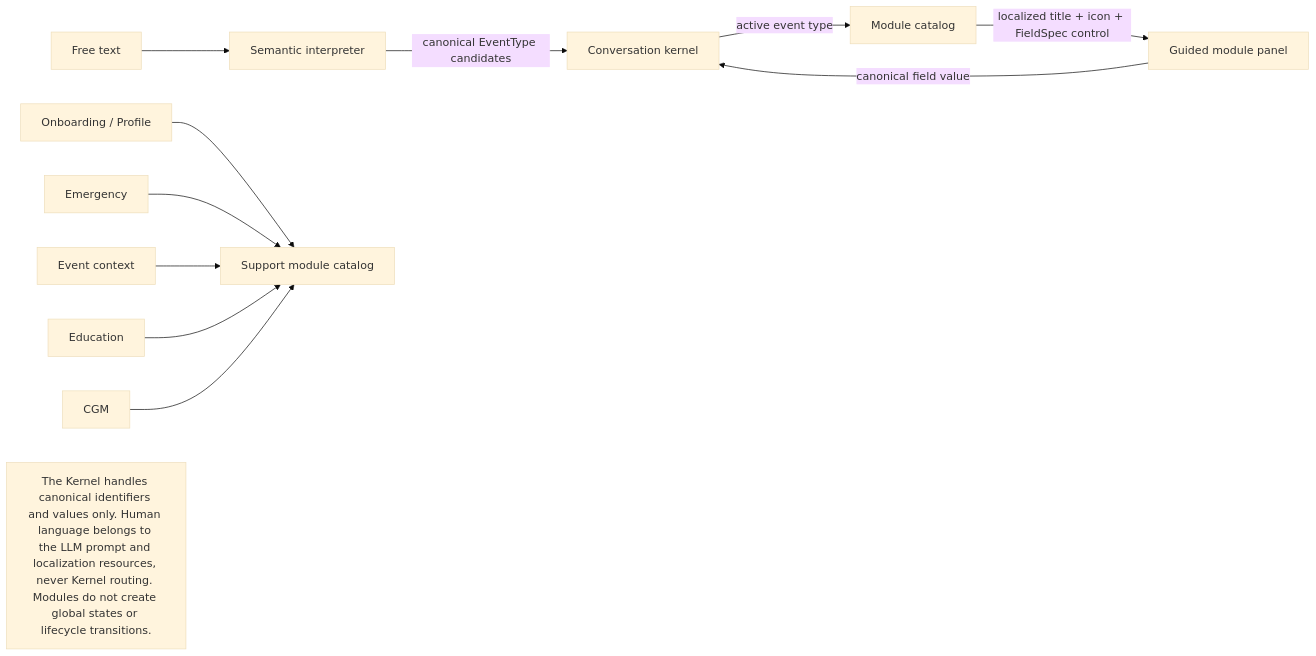
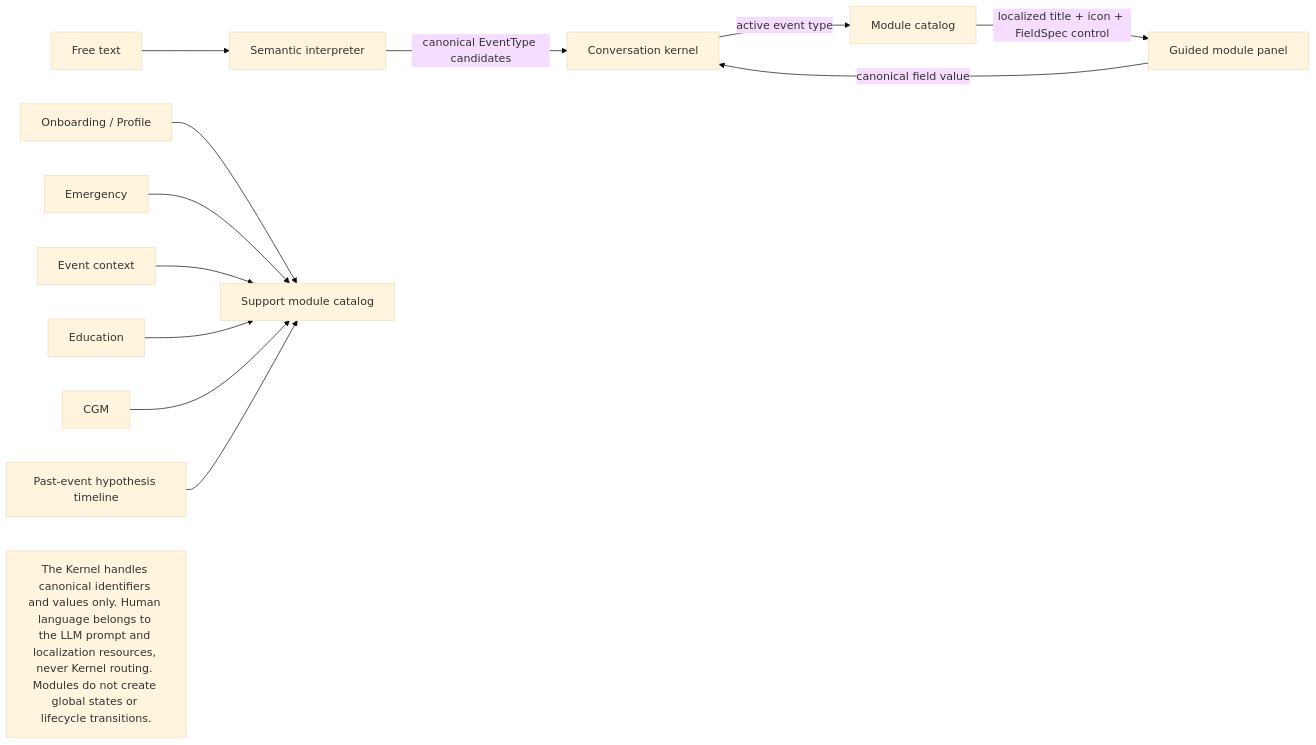
One commit to bioduds/diabot changed the diagram in diabot/docs/fsm/modules.mmd. Above: the diagram before and after it, drawn with Mermaid (base theme). The commit also changed 13 other files, not shown here.

```diff
--- a/diabot/docs/fsm/modules.mmd
+++ b/diabot/docs/fsm/modules.mmd
@@ -1,16 +1,17 @@
-%% fsm-contract: {"guidedEventModules":["glucose","insulin","meal","exercise","illness","ketones","medication","symptoms"],"supportModules":["onboarding","emergency","event-context","profile","education","cgm"],"moduleIdentity":"canonical-event-type-or-support-id","titleSource":"localized-module-catalog","guidedControls":"field-spec-kind-and-canonical-option-id","semanticRouting":"llm-event-candidates-only","kernelHumanLanguage":false,"globalStateChange":false,"lifecycleChange":false}
+%% fsm-contract: {"guidedEventModules":["glucose","insulin","meal","exercise","illness","ketones","medication","symptoms"],"supportModules":["onboarding","emergency","event-context","profile","education","cgm","timeline"],"moduleIdentity":"canonical-event-type-or-support-id","titleSource":"localized-module-catalog","guidedControls":"field-spec-kind-and-canonical-option-id","semanticRouting":"llm-event-candidates-only","kernelHumanLanguage":false,"globalStateChange":false,"lifecycleChange":false}
 %% This contract is checked by test/fsm_mermaid_contract_test.dart.
 flowchart LR
   TEXT[Free text] --> LLM[Semantic interpreter]
   LLM -->|canonical EventType candidates| KERNEL[Conversation kernel]
   KERNEL -->|active event type| CATALOG[Module catalog]
   CATALOG -->|localized title + icon + FieldSpec control| GUIDED[Guided module panel]
   GUIDED -->|canonical field value| KERNEL
 
   PROFILE[Onboarding / Profile] --> SUPPORT[Support module catalog]
   EMERGENCY[Emergency] --> SUPPORT
   CONTEXT[Event context] --> SUPPORT
   EDUCATION[Education] --> SUPPORT
   CGM[CGM] --> SUPPORT
+  TIMELINE[Past-event hypothesis timeline] --> SUPPORT
 
   NOTE[The Kernel handles canonical identifiers and values only. Human language belongs to the LLM prompt and localization resources, never Kernel routing. Modules do not create global states or lifecycle transitions.]
```
